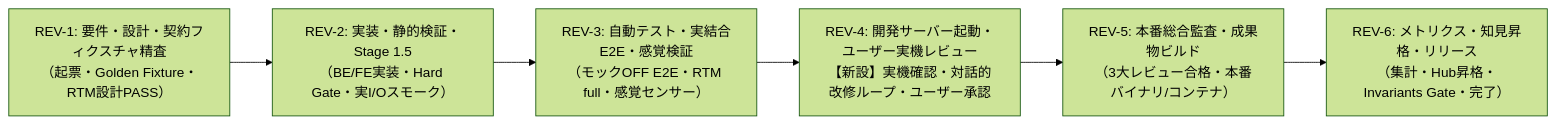
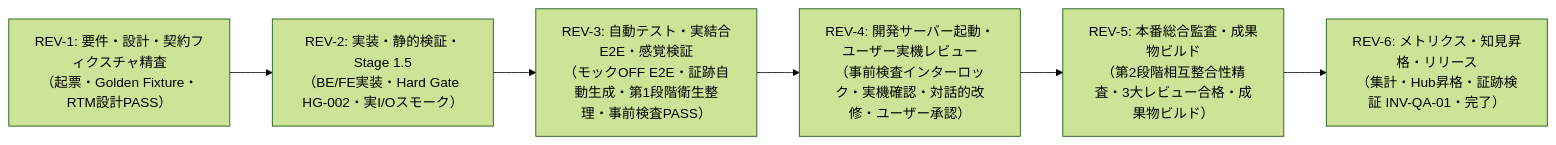
The second of 2 diagrams in docs/設計書/Current/AI駆動システム開発フェーズ定義書.md (LeoPanda/template), drawn with Mermaid (forest theme) before and after one commit. The commit also changed other lines of this file and 28 other files, not shown here.

````diff
--- a/docs/設計書/Current/AI駆動システム開発フェーズ定義書.md
+++ b/docs/設計書/Current/AI駆動システム開発フェーズ定義書.md
@@ -220,8 +230,8 @@
 ```mermaid
 flowchart LR
-    REV1["REV-1: 要件・設計・契約フィクスチャ精査<br>（起票・Golden Fixture・RTM設計PASS）"] --> REV2["REV-2: 実装・静的検証・Stage 1.5<br>（BE/FE実装・Hard Gate・実I/Oスモーク）"]
-    REV2 --> REV3["REV-3: 自動テスト・実結合E2E・感覚検証<br>（モックOFF E2E・RTM full・感覚センサー）"]
-    REV3 --> REV4["REV-4: 開発サーバー起動・ユーザー実機レビュー<br>【新設】実機確認・対話的改修ループ・ユーザー承認"]
-    REV4 --> REV5["REV-5: 本番総合監査・成果物ビルド<br>（3大レビュー合格・本番バイナリ/コンテナ）"]
-    REV5 --> REV6["REV-6: メトリクス・知見昇格・リリース<br>（集計・Hub昇格・Invariants Gate・完了）"]
+    REV1["REV-1: 要件・設計・契約フィクスチャ精査<br>（起票・Golden Fixture・RTM設計PASS）"] --> REV2["REV-2: 実装・静的検証・Stage 1.5<br>（BE/FE実装・Hard Gate HG-002・実I/Oスモーク）"]
+    REV2 --> REV3["REV-3: 自動テスト・実結合E2E・感覚検証<br>（モックOFF E2E・証跡自動生成・第1段階衛生整理・事前検査PASS）"]
+    REV3 --> REV4["REV-4: 開発サーバー起動・ユーザー実機レビュー<br>（事前検査インターロック・実機確認・対話的改修・ユーザー承認）"]
+    REV4 --> REV5["REV-5: 本番総合監査・成果物ビルド<br>（第2段階相互整合性精査・3大レビュー合格・成果物ビルド）"]
+    REV5 --> REV6["REV-6: メトリクス・知見昇格・リリース<br>（集計・Hub昇格・証跡検証 INV-QA-01・完了）"]
 ```
````
